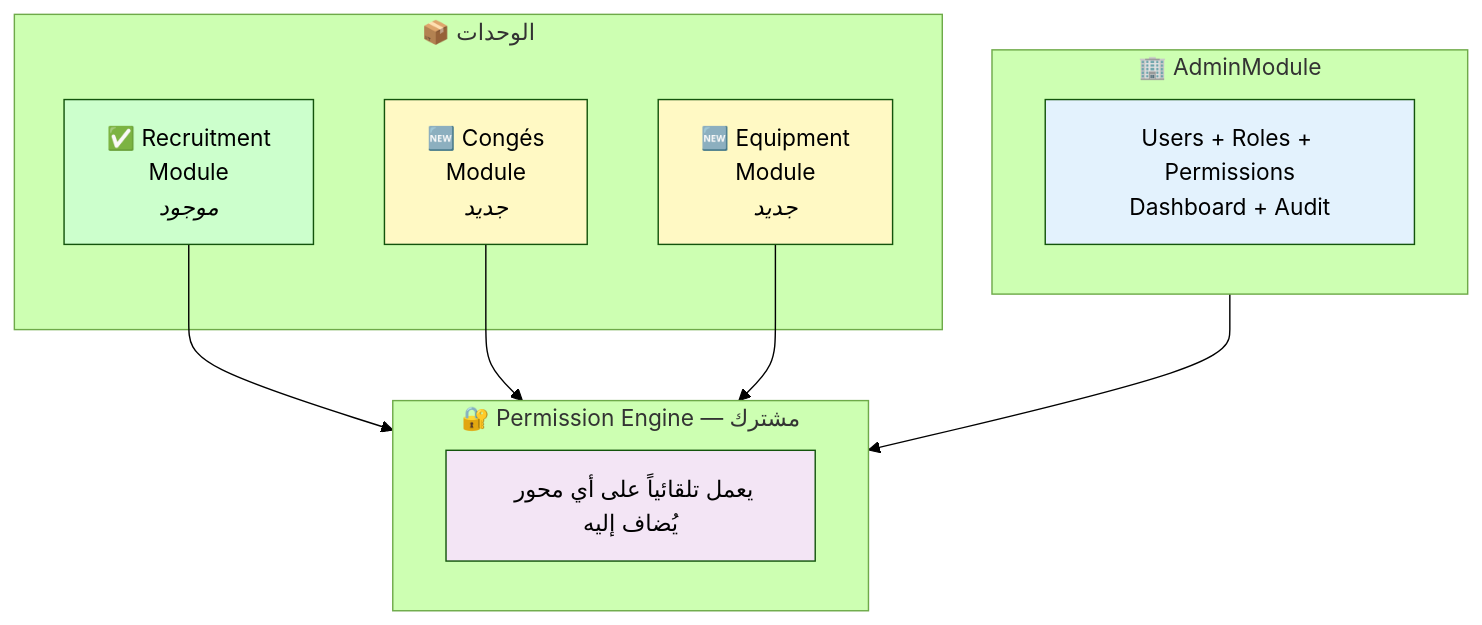
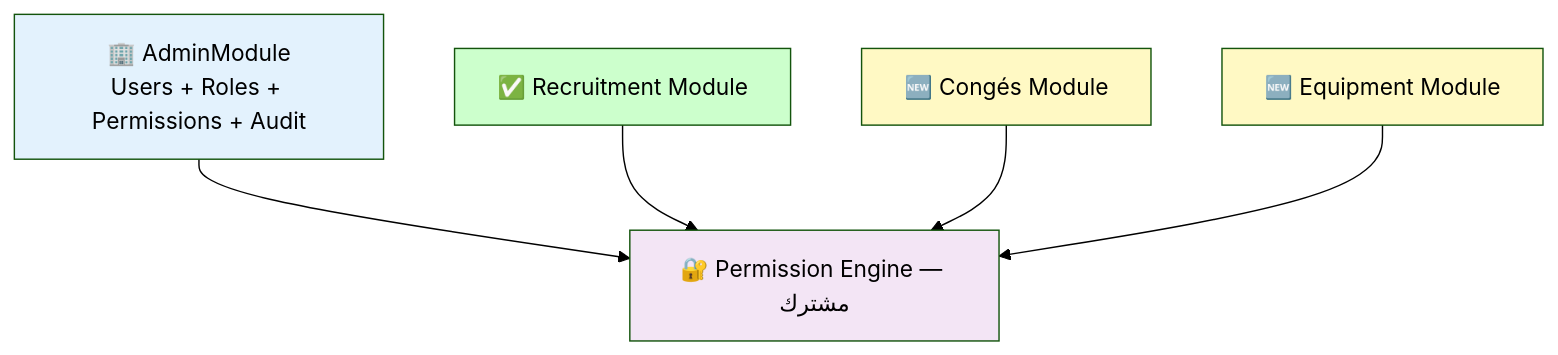
Diagram 15 of 22 in README.md (salahAbdellaoui/MPresentation), drawn with Mermaid (forest theme) before and after one commit. The commit also changed other lines of this file, not shown here.

````diff
--- a/README.md
+++ b/README.md
@@ -787,27 +798,13 @@
 ```mermaid
 graph TD
-    subgraph AdminModule["🏢 AdminModule"]
-        CORE["Users + Roles + Permissions<br/>Dashboard + Audit"]
-    end
-
-    subgraph Modules["📦 الوحدات"]
-        M1["✅ Recruitment<br/>Module<br/><i>موجود</i>"]
-        M2["🆕 Congés<br/>Module<br/><i>جديد</i>"]
-        M3["🆕 Equipment<br/>Module<br/><i>جديد</i>"]
-    end
-
-    subgraph Engine["🔐 Permission Engine — مشترك"]
-        PE["يعمل تلقائياً على أي محور يُضاف إليه"]
-    end
-
-    M1 --> Engine
-    M2 --> Engine
-    M3 --> Engine
-    AdminModule --> Engine
+    CORE["🏢 AdminModule<br/>Users + Roles + Permissions + Audit"] --> PE["🔐 Permission Engine — مشترك"]
+    M1["✅ Recruitment Module"] --> PE
+    M2["🆕 Congés Module"] --> PE
+    M3["🆕 Equipment Module"] --> PE
 
     style CORE fill:#e3f2fd
     style M1 fill:#ccffcc
     style M2 fill:#fff9c4
     style M3 fill:#fff9c4
     style PE fill:#f3e5f5
 ```
````
